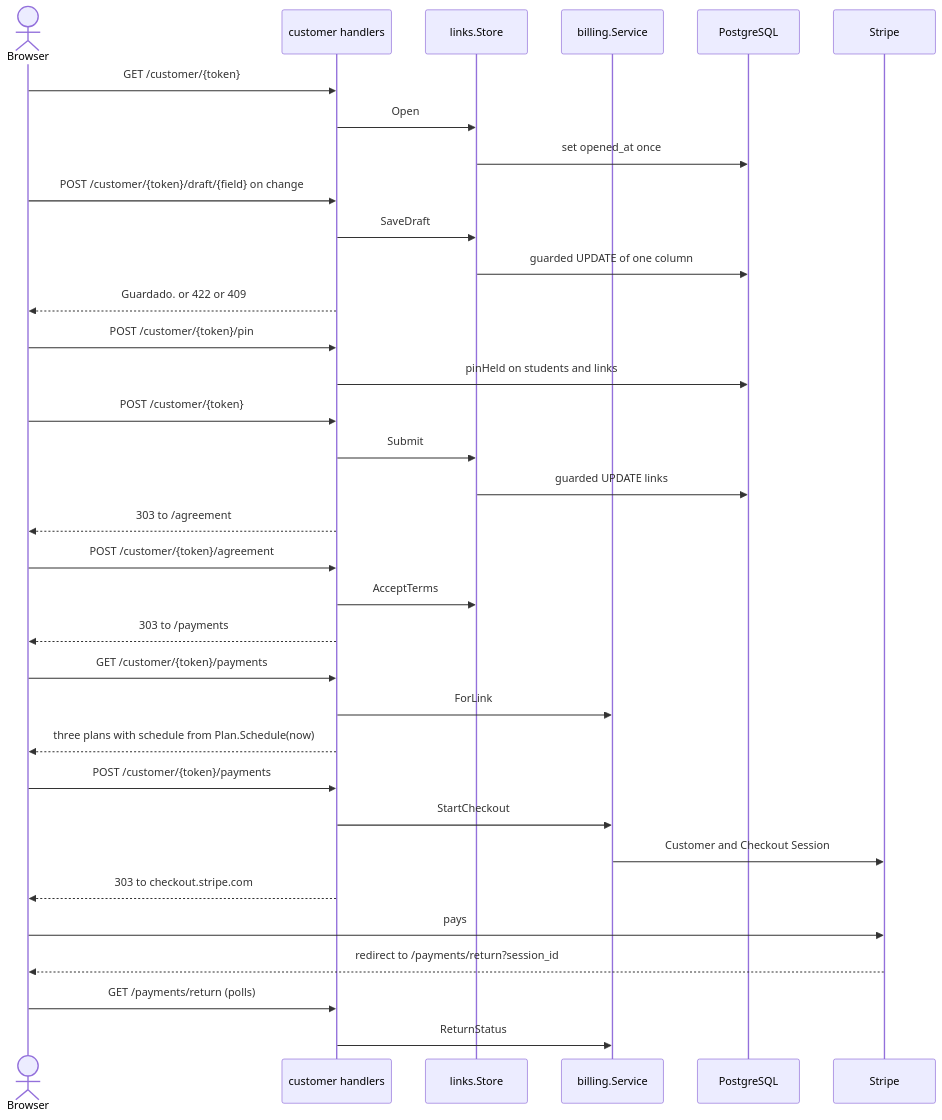
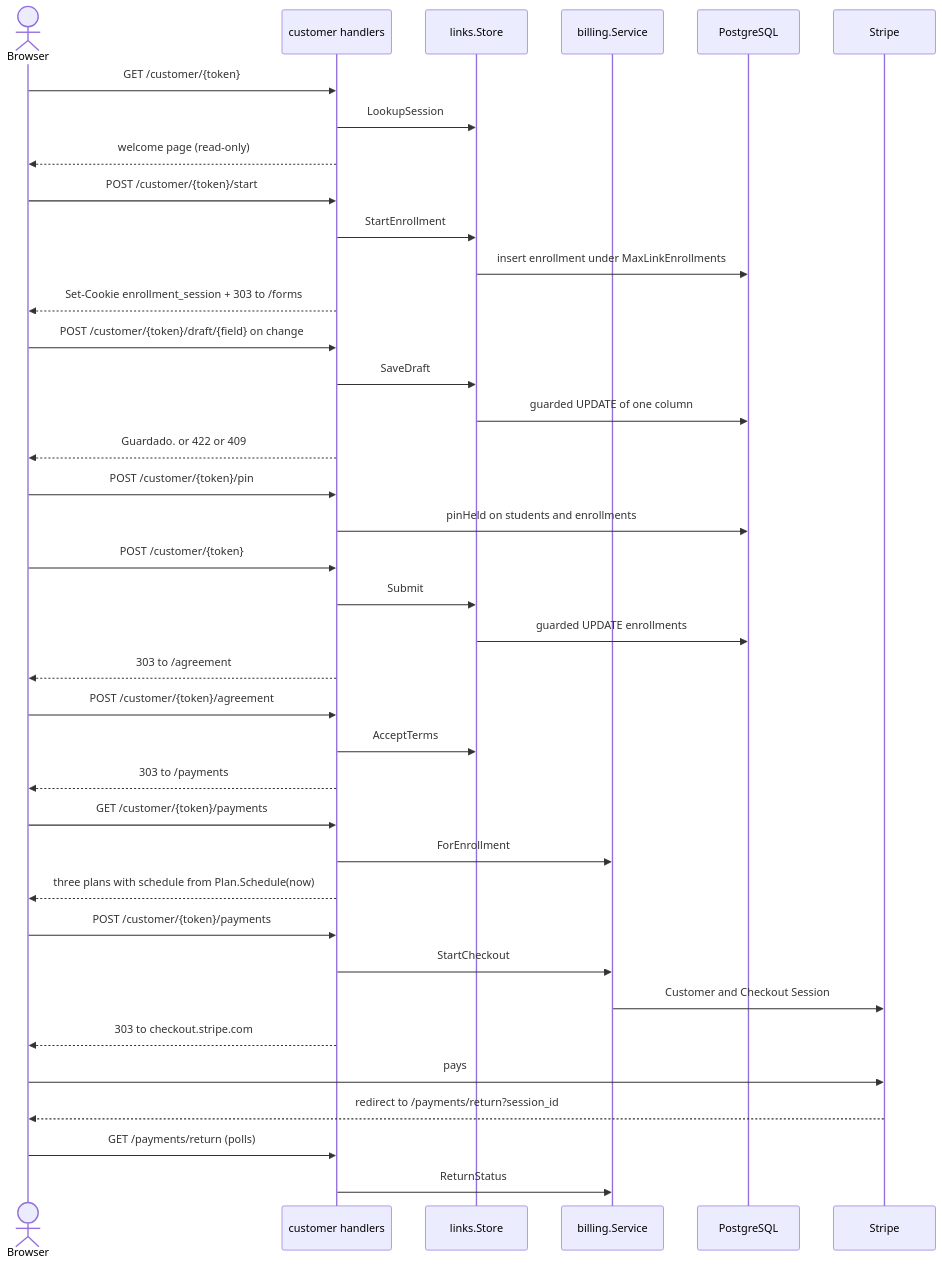
The first of 2 diagrams in docs/domain/customer-flow.md (devGabriel131/ProjectHermes), drawn with Mermaid before and after one commit. The commit also changed other lines of this file and 63 other files, not shown here.

Commit message:
feat: add reusable links with enrollment sessions and k6 capacity test

````diff
--- a/docs/domain/customer-flow.md
+++ b/docs/domain/customer-flow.md
@@ -35,36 +35,40 @@
 ```mermaid
 sequenceDiagram
     actor Browser
     participant H as customer handlers
     participant L as links.Store
     participant B as billing.Service
     participant DB as PostgreSQL
     participant S as Stripe
     Browser->>H: GET /customer/{token}
-    H->>L: Open
-    L->>DB: set opened_at once
+    H->>L: LookupSession
+    H-->>Browser: welcome page (read-only)
+    Browser->>H: POST /customer/{token}/start
+    H->>L: StartEnrollment
+    L->>DB: insert enrollment under MaxLinkEnrollments
+    H-->>Browser: Set-Cookie enrollment_session + 303 to /forms
     Browser->>H: POST /customer/{token}/draft/{field} on change
     H->>L: SaveDraft
     L->>DB: guarded UPDATE of one column
     H-->>Browser: Guardado. or 422 or 409
     Browser->>H: POST /customer/{token}/pin
-    H->>DB: pinHeld on students and links
+    H->>DB: pinHeld on students and enrollments
     Browser->>H: POST /customer/{token}
     H->>L: Submit
-    L->>DB: guarded UPDATE links
+    L->>DB: guarded UPDATE enrollments
     H-->>Browser: 303 to /agreement
     Browser->>H: POST /customer/{token}/agreement
     H->>L: AcceptTerms
     H-->>Browser: 303 to /payments
     Browser->>H: GET /customer/{token}/payments
-    H->>B: ForLink
+    H->>B: ForEnrollment
     H-->>Browser: three plans with schedule from Plan.Schedule(now)
     Browser->>H: POST /customer/{token}/payments
     H->>B: StartCheckout
     B->>S: Customer and Checkout Session
     H-->>Browser: 303 to checkout.stripe.com
     Browser->>S: pays
     S-->>Browser: redirect to /payments/return?session_id
     Browser->>H: GET /payments/return (polls)
     H->>B: ReturnStatus
 ```
````
